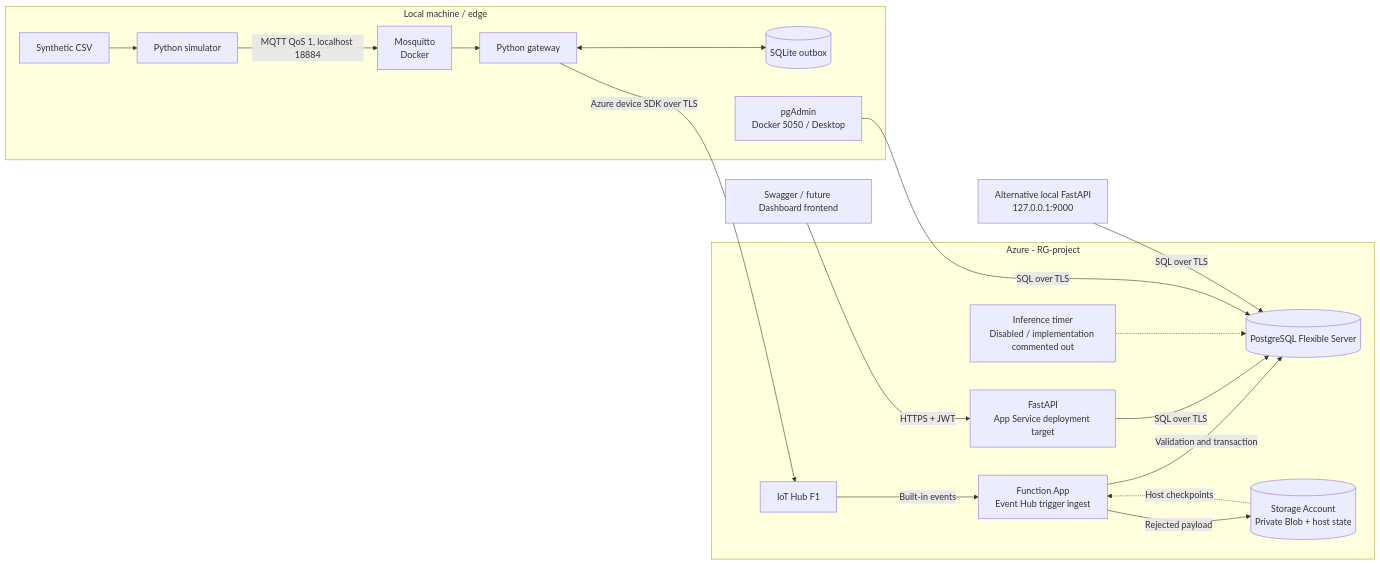
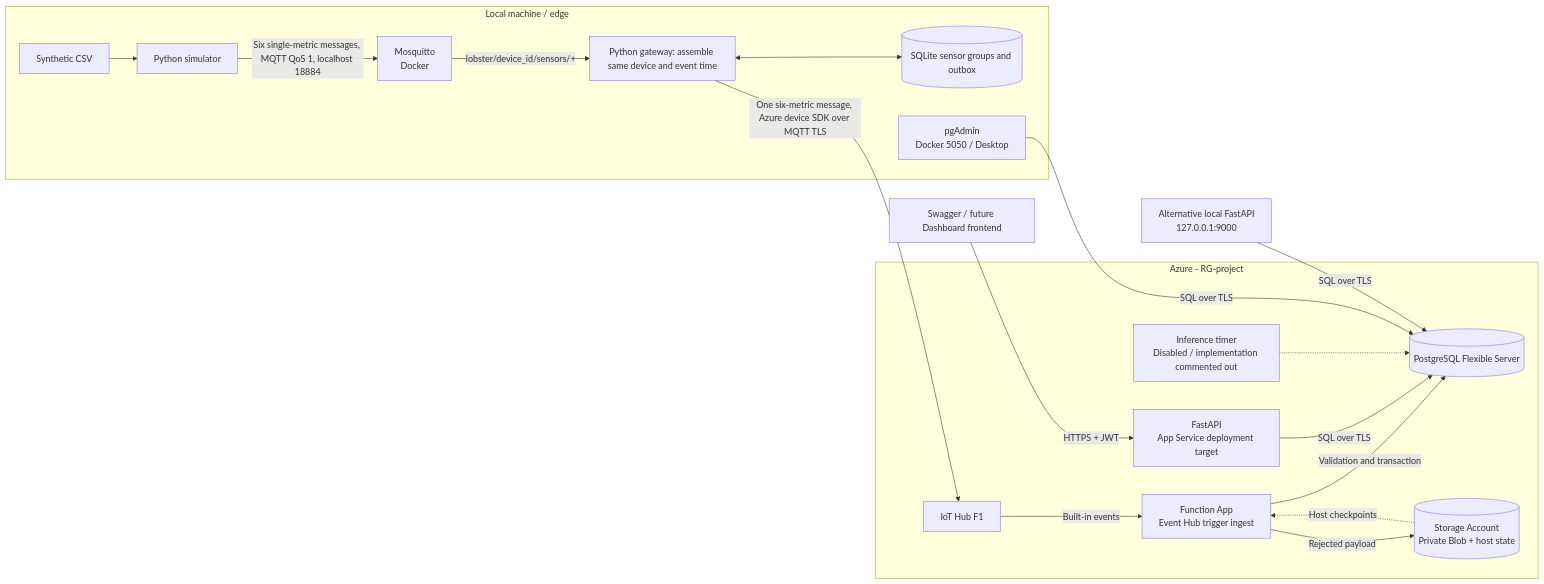
The first of 2 diagrams in ARCHITECTURE.md (loannguyen13/lobster-cage-monitoring), drawn with Mermaid before and after one commit. The commit also changed 15 other files, not shown here.

Commit message:
feat: evaluate and optimize backend flow

````diff
--- a/ARCHITECTURE.md
+++ b/ARCHITECTURE.md
@@ -5,22 +5,22 @@
 ```mermaid
 flowchart LR
   subgraph local["Local machine / edge"]
     csv["Synthetic CSV"] --> sim["Python simulator"]
-    sim -->|MQTT QoS 1, localhost 18884| mqtt["Mosquitto\nDocker"]
-    mqtt --> gateway["Python gateway"]
-    gateway <--> queue[("SQLite outbox")]
+    sim -->|Six single-metric messages, MQTT QoS 1, localhost 18884| mqtt["Mosquitto\nDocker"]
+    mqtt -->|lobster/device_id/sensors/+| gateway["Python gateway: assemble same device and event time"]
+    gateway <--> queue[("SQLite sensor groups and outbox")]
     pgadmin["pgAdmin\nDocker 5050 / Desktop"]
   end
   subgraph azure["Azure - RG-project"]
     hub["IoT Hub F1"] -->|Built-in events| ingest["Function App\nEvent Hub trigger ingest"]
     ingest -->|Validation and transaction| db[("PostgreSQL Flexible Server")]
     ingest -->|Rejected payload| storage[("Storage Account\nPrivate Blob + host state")]
     storage -.->|Host checkpoints| ingest
     api["FastAPI\nApp Service deployment target"] -->|SQL over TLS| db
     timer["Inference timer\nDisabled / implementation commented out"] -.-> db
   end
-  gateway -->|Azure device SDK over TLS| hub
+  gateway -->|One six-metric message, Azure device SDK over MQTT TLS| hub
   pgadmin -->|SQL over TLS| db
   ui["Swagger / future Dashboard frontend"] -->|HTTPS + JWT| api
   apiLocal["Alternative local FastAPI\n127.0.0.1:9000"] -->|SQL over TLS| db
 ```
````
